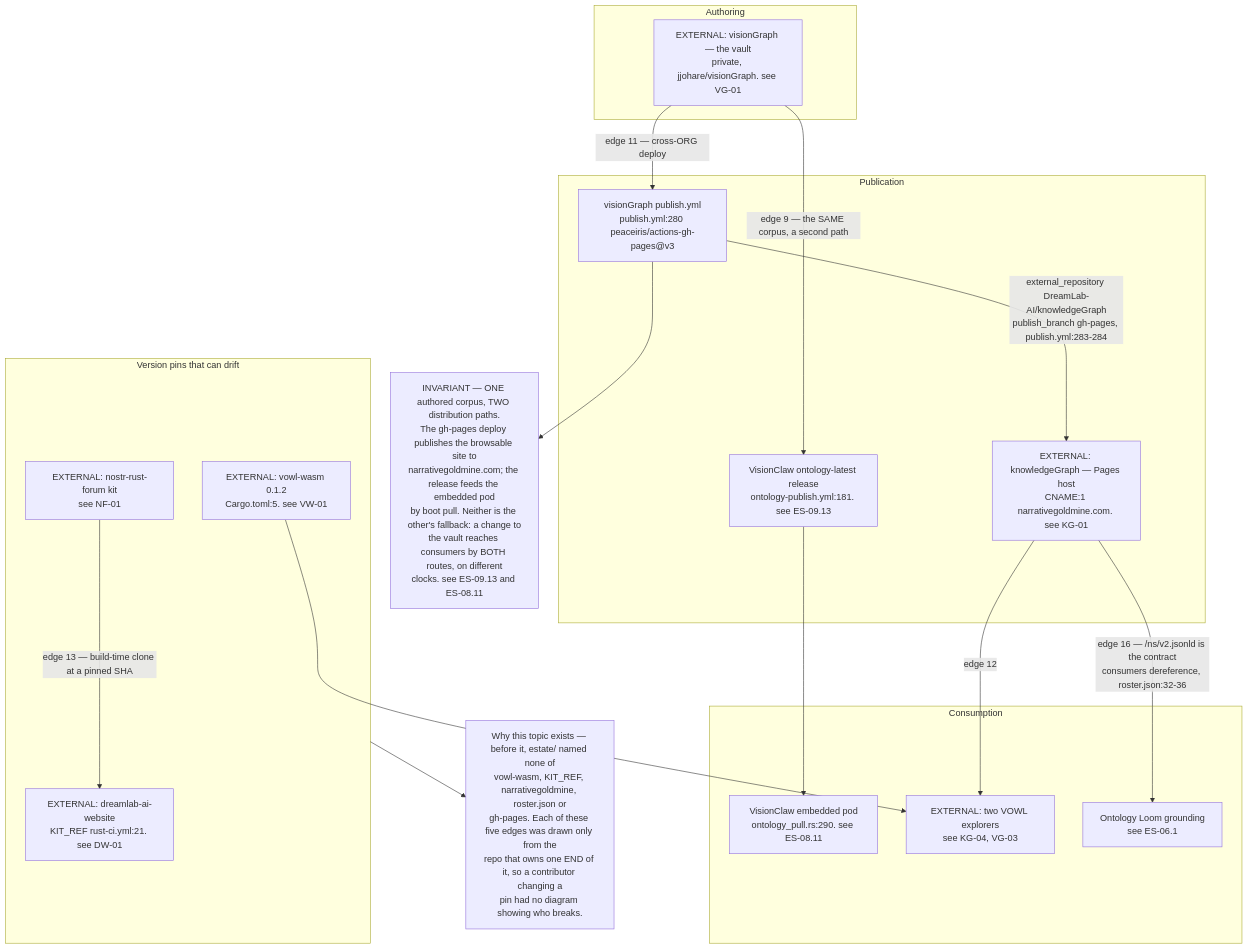
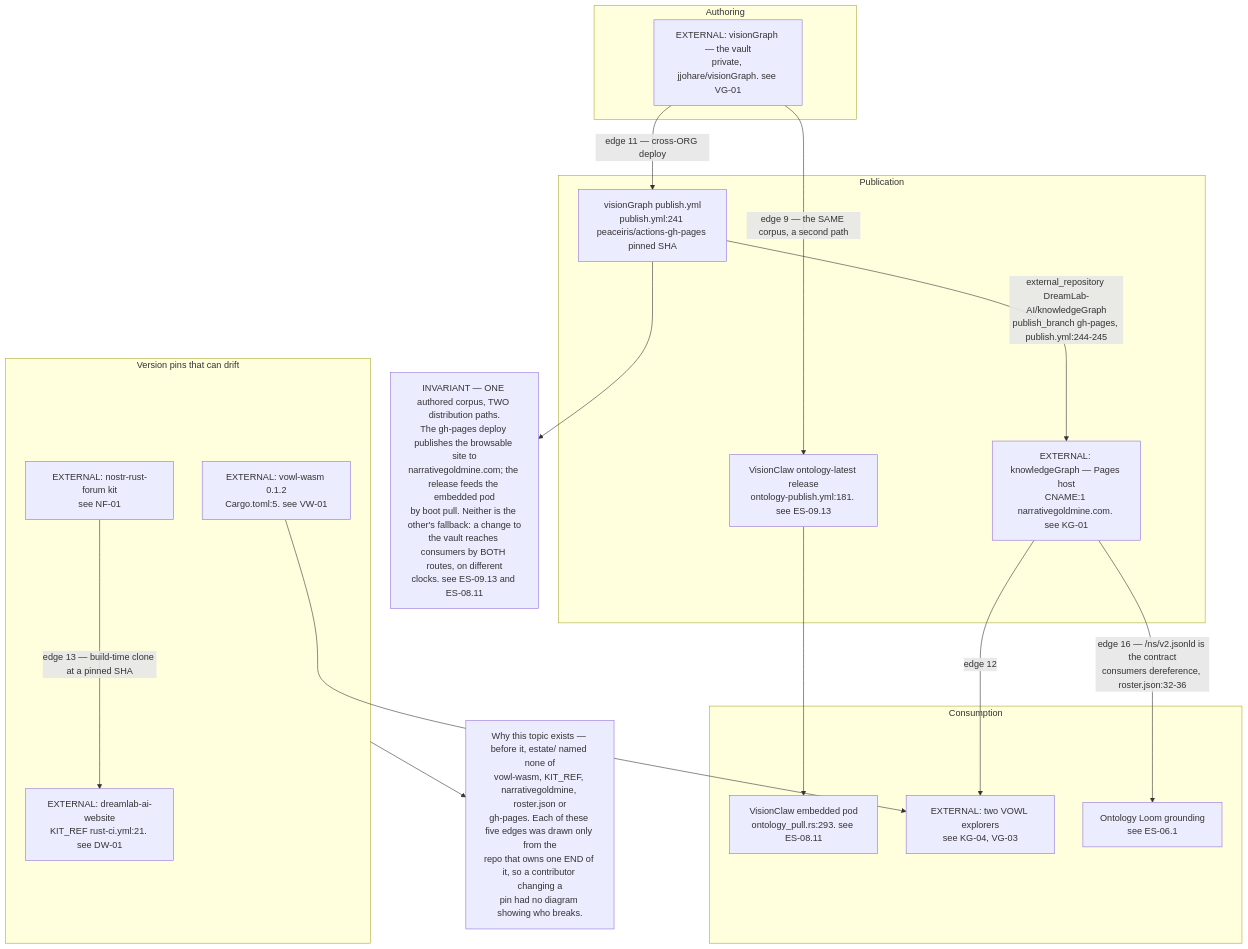
One commit to DreamLab-AI/VisionFlow changed the first of 5 diagrams in docs/diagrams/estate/11-publishing-axis.md. Above: the diagram before and after it, drawn with Mermaid. The commit also changed other lines of this file and 51 other files, not shown here.

First line of the commit message:
docs(diagrams): agentbox AB-01..13 re-attested anchor by anchor (980 anchors, 22 defects); checkpoint against an out-of-mesh writer

````diff
--- a/docs/diagrams/estate/11-publishing-axis.md
+++ b/docs/diagrams/estate/11-publishing-axis.md
@@ -25,36 +25,36 @@
 ```mermaid
 flowchart TB
     subgraph AUTHOR["Authoring"]
         VG["EXTERNAL: visionGraph — the vault<br/>private, jjohare/visionGraph. see VG-01"]
     end
     subgraph PUB["Publication"]
-        PUBYML["visionGraph publish.yml<br/>publish.yml:280 peaceiris/actions-gh-pages@v3"]
+        PUBYML["visionGraph publish.yml<br/>publish.yml:241 peaceiris/actions-gh-pages pinned SHA"]
         KG["EXTERNAL: knowledgeGraph — Pages host<br/>CNAME:1 narrativegoldmine.com. see KG-01"]
         REL["VisionClaw ontology-latest release<br/>ontology-publish.yml:181. see ES-09.13"]
     end
     subgraph CONSUME["Consumption"]
-        POD["VisionClaw embedded pod<br/>ontology_pull.rs:290. see ES-08.11"]
+        POD["VisionClaw embedded pod<br/>ontology_pull.rs:293. see ES-08.11"]
         EXPL["EXTERNAL: two VOWL explorers<br/>see KG-04, VG-03"]
         LOOM["Ontology Loom grounding<br/>see ES-06.1"]
     end
     subgraph PINS["Version pins that can drift"]
         VW["EXTERNAL: vowl-wasm 0.1.2<br/>Cargo.toml:5. see VW-01"]
         NF["EXTERNAL: nostr-rust-forum kit<br/>see NF-01"]
         DW["EXTERNAL: dreamlab-ai-website<br/>KIT_REF rust-ci.yml:21. see DW-01"]
     end
 
     VG -->|"edge 11 — cross-ORG deploy"| PUBYML
-    PUBYML -->|"external_repository DreamLab-AI/knowledgeGraph<br/>publish_branch gh-pages, publish.yml:283-284"| KG
+    PUBYML -->|"external_repository DreamLab-AI/knowledgeGraph<br/>publish_branch gh-pages, publish.yml:244-245"| KG
     VG -->|"edge 9 — the SAME corpus, a second path"| REL
     REL --> POD
     KG -->|"edge 16 — /ns/v2.jsonld is the contract<br/>consumers dereference, roster.json:32-36"| LOOM
     KG -->|"edge 12"| EXPL
     VW --> EXPL
     NF -->|"edge 13 — build-time clone at a pinned SHA"| DW
 
     INV["INVARIANT — ONE authored corpus, TWO distribution paths.<br/>The gh-pages deploy publishes the browsable site to<br/>narrativegoldmine.com; the release feeds the embedded pod<br/>by boot pull. Neither is the other's fallback: a change to<br/>the vault reaches consumers by BOTH routes, on different<br/>clocks. see ES-09.13 and ES-08.11"]
     GAP["Why this topic exists — before it, estate/ named none of<br/>vowl-wasm, KIT_REF, narrativegoldmine, roster.json or<br/>gh-pages. Each of these five edges was drawn only from the<br/>repo that owns one END of it, so a contributor changing a<br/>pin had no diagram showing who breaks."]
 
     PUBYML --> INV
     PINS --> GAP
 ```
````
